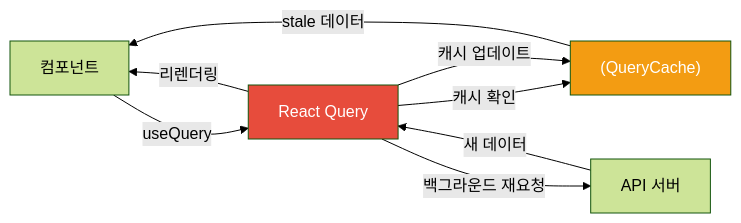
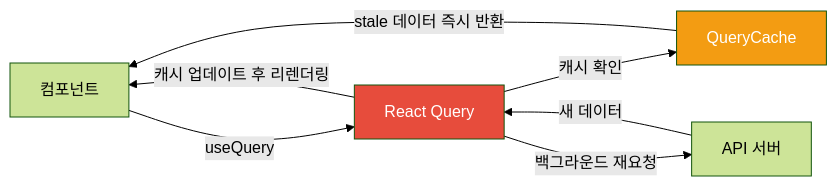
One commit to yjkim2015/yjkim2015.github.io changed the fourth of 5 diagrams in _posts/frontend/2026-05-02-react-state-management.md. Above: the diagram before and after it, drawn with Mermaid (forest theme). The commit also changed other lines of this file and 122 other files, not shown here.

````diff
--- a/_posts/frontend/2026-05-02-react-state-management.md
+++ b/_posts/frontend/2026-05-02-react-state-management.md
@@ -590,13 +375,12 @@
 ```mermaid
 flowchart LR
     COMP["컴포넌트"] -->|useQuery| RQ["React Query"]
-    RQ -->|"캐시 확인"| CACHE["(QueryCache)"]
-    CACHE -->|"stale 데이터"| COMP
+    RQ -->|"캐시 확인"| CACHE["QueryCache"]
+    CACHE -->|"stale 데이터 즉시 반환"| COMP
     RQ -->|"백그라운드 재요청"| API["API 서버"]
     API -->|"새 데이터"| RQ
-    RQ -->|"캐시 업데이트"| CACHE
-    RQ -->|"리렌더링"| COMP
+    RQ -->|"캐시 업데이트 후 리렌더링"| COMP
 
     style RQ fill:#e74c3c,color:#fff
     style CACHE fill:#f39c12,color:#fff
 ```
````
